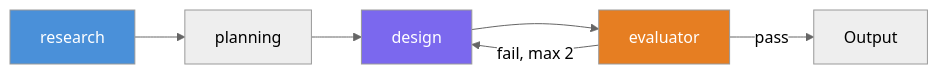
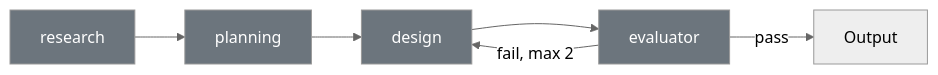
One commit to praveen-gottala/sdlc-agent-swarms changed the diagram in docs/concepts/design-pipeline.md. Above: the diagram before and after it, drawn with Mermaid (neutral theme). The commit also changed other lines of this file and 200 other files, not shown here.

````diff
--- a/docs/concepts/design-pipeline.md
+++ b/docs/concepts/design-pipeline.md
@@ -9,12 +13,13 @@
 ```mermaid
 graph LR
     R[research] --> P[planning]
     P --> D[design]
     D --> E[evaluator]
     E -->|pass| O[Output]
     E -->|fail, max 2| D
 
-    style R fill:#4A90D9,color:#fff
-    style D fill:#7B68EE,color:#fff
-    style E fill:#E67E22,color:#fff
+    style R fill:#6C757D,color:#fff
+    style P fill:#6C757D,color:#fff
+    style D fill:#6C757D,color:#fff
+    style E fill:#6C757D,color:#fff
 ```
````
